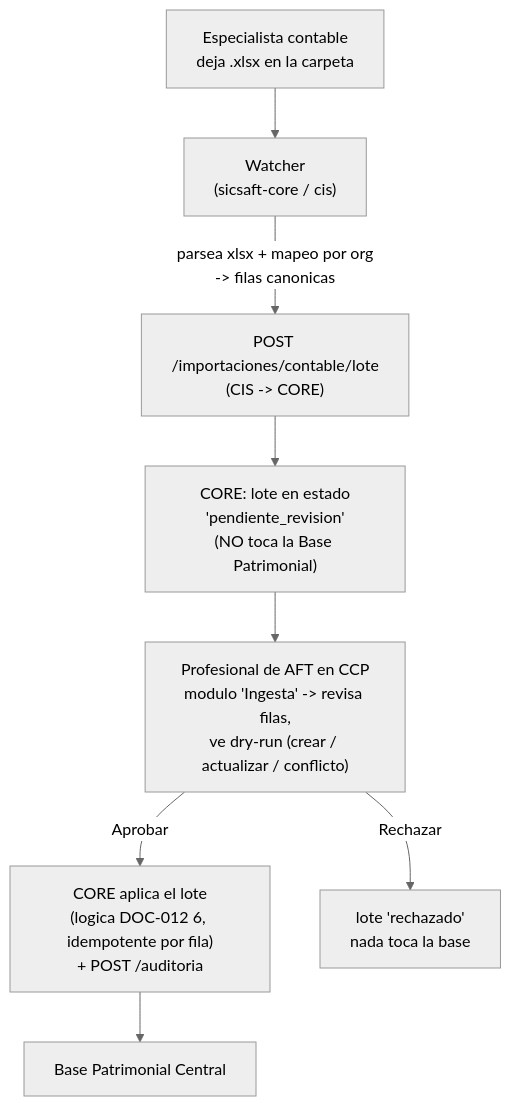
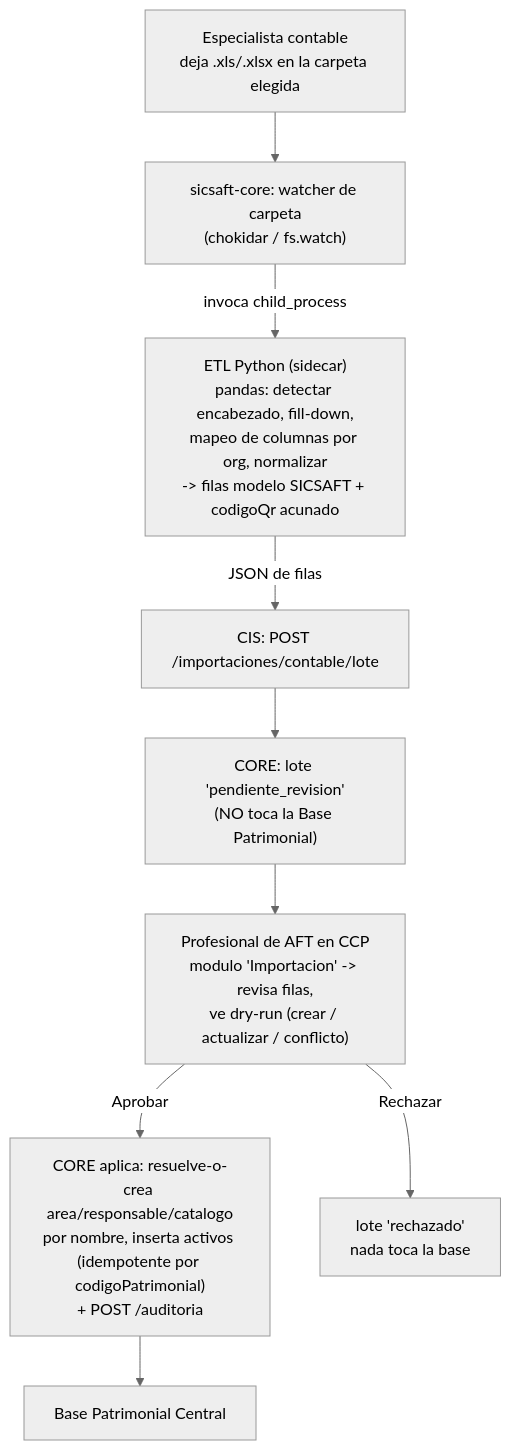
One commit to jhonabruzzi278/SICSAFT changed the diagram in aidlc-docs/ccp/design-artifacts/DOC-029-endurecimiento-ccp-cliente-real.md. Above: the diagram before and after it, drawn with Mermaid (neutral theme). The commit also changed other lines of this file, not shown here.

Commit message:
docs(ccp): DOC-029 v2 — decisiones cerradas (ETL Python, APK WebView, dirección espejo del Excel) + RF-F/RF-G/RF-H

````diff
--- a/aidlc-docs/ccp/design-artifacts/DOC-029-endurecimiento-ccp-cliente-real.md
+++ b/aidlc-docs/ccp/design-artifacts/DOC-029-endurecimiento-ccp-cliente-real.md
@@ -114,10 +113,11 @@
 ```mermaid
 flowchart TD
-    Esp["Especialista contable\ndeja .xlsx en la carpeta"] --> Watcher["Watcher\n(sicsaft-core / cis)"]
-    Watcher -->|"parsea xlsx + mapeo por org\n-> filas canonicas"| Lote["POST /importaciones/contable/lote\n(CIS -> CORE)"]
-    Lote --> Staging["CORE: lote en estado\n'pendiente_revision'\n(NO toca la Base Patrimonial)"]
-    Staging --> Rev["Profesional de AFT en CCP\nmodulo 'Ingesta' -> revisa filas,\nve dry-run (crear / actualizar / conflicto)"]
-    Rev -->|Aprobar| Aplica["CORE aplica el lote\n(logica DOC-012 6, idempotente por fila)\n+ POST /auditoria"]
+    Esp["Especialista contable\ndeja .xls/.xlsx en la carpeta elegida"] --> Watcher["sicsaft-core: watcher de carpeta\n(chokidar / fs.watch)"]
+    Watcher -->|"invoca child_process"| ETL["ETL Python (sidecar)\npandas: detectar encabezado, fill-down,\nmapeo de columnas por org, normalizar\n-> filas modelo SICSAFT + codigoQr acunado"]
+    ETL -->|"JSON de filas"| CIS["CIS: POST /importaciones/contable/lote"]
+    CIS --> Staging["CORE: lote 'pendiente_revision'\n(NO toca la Base Patrimonial)"]
+    Staging --> Rev["Profesional de AFT en CCP\nmodulo 'Importacion' -> revisa filas,\nve dry-run (crear / actualizar / conflicto)"]
+    Rev -->|Aprobar| Aplica["CORE aplica: resuelve-o-crea area/responsable/catalogo\npor nombre, inserta activos (idempotente por codigoPatrimonial)\n+ POST /auditoria"]
     Rev -->|Rechazar| Rechazado["lote 'rechazado'\nnada toca la base"]
     Aplica --> BPI["Base Patrimonial Central"]
 ```
````
